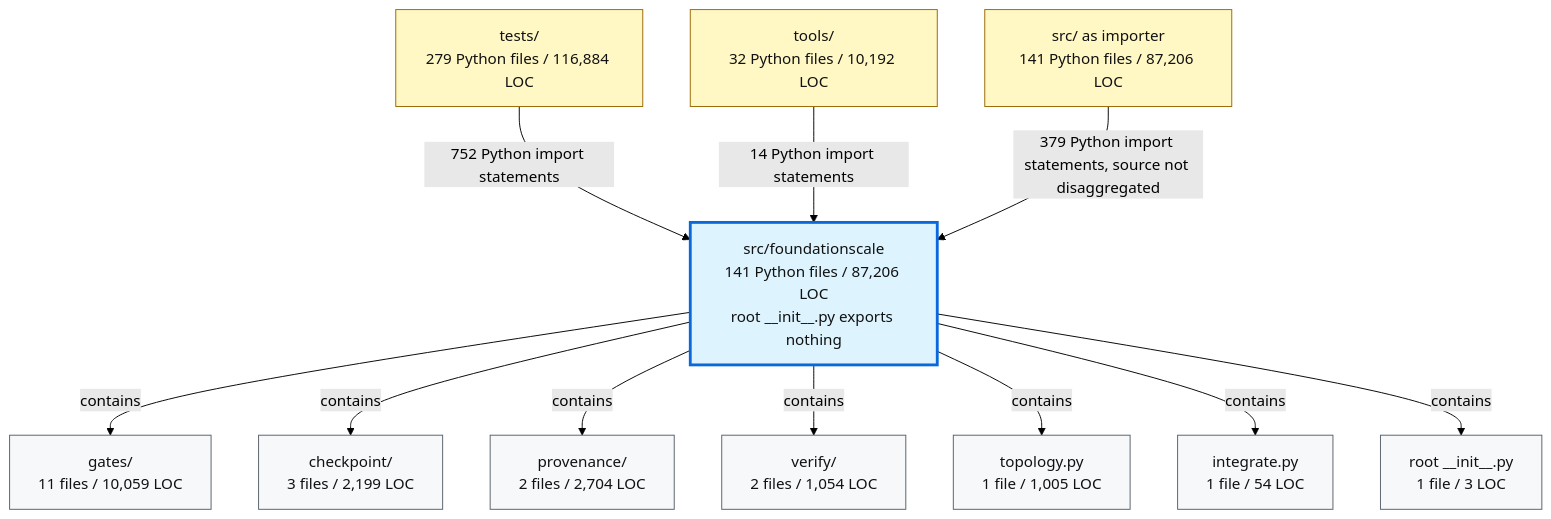
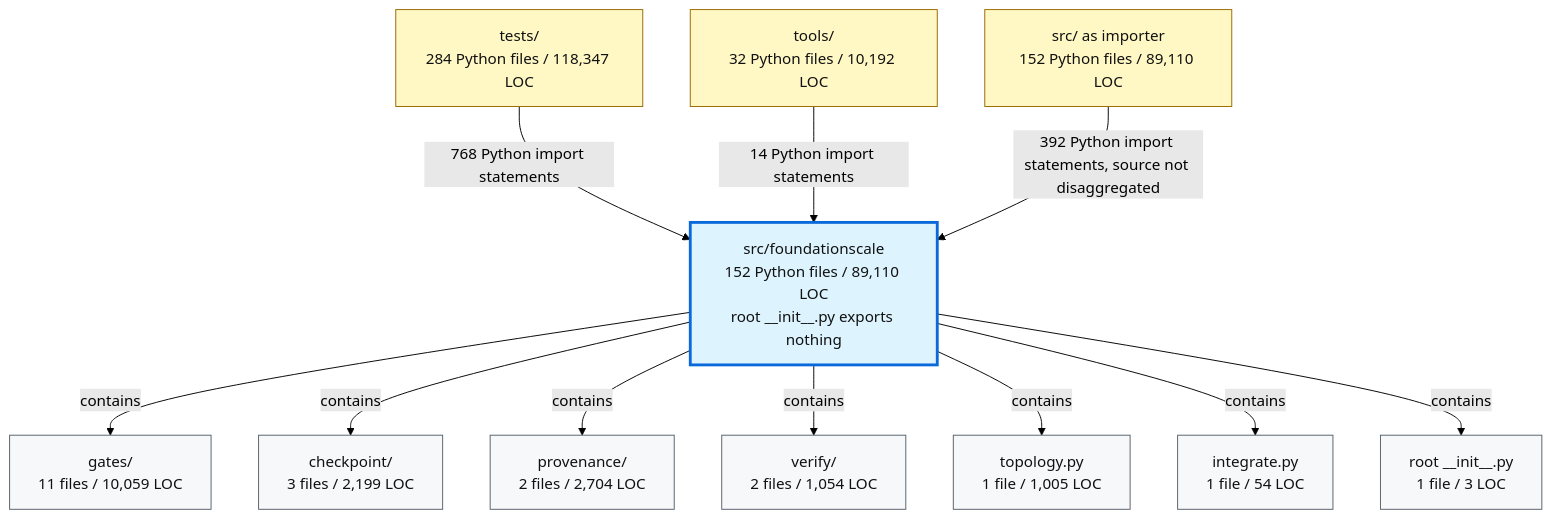
Before and after one commit to TranNhiem/FoundationScale: the second of 2 diagrams in docs/review/D2_current_architecture.md, drawn with Mermaid (forest theme). The commit also changed other lines of this file and 10 other files, not shown here.

````diff
--- a/docs/review/D2_current_architecture.md
+++ b/docs/review/D2_current_architecture.md
@@ -97,36 +97,36 @@
 ```mermaid
 flowchart TB
-  TESTS["tests/<br/>279 Python files / 116,884 LOC"]
+  TESTS["tests/<br/>284 Python files / 118,347 LOC"]
   TOOLS["tools/<br/>32 Python files / 10,192 LOC"]
-  SRC["src/ as importer<br/>141 Python files / 87,206 LOC"]
+  SRC["src/ as importer<br/>152 Python files / 89,110 LOC"]
 
-  FS["src/foundationscale<br/>141 Python files / 87,206 LOC<br/>root __init__.py exports nothing"]
+  FS["src/foundationscale<br/>152 Python files / 89,110 LOC<br/>root __init__.py exports nothing"]
 
   GATES["gates/<br/>11 files / 10,059 LOC"]
   CKPT["checkpoint/<br/>3 files / 2,199 LOC"]
   PROV["provenance/<br/>2 files / 2,704 LOC"]
   VERIFY["verify/<br/>2 files / 1,054 LOC"]
   TOPO["topology.py<br/>1 file / 1,005 LOC"]
   INTEG["integrate.py<br/>1 file / 54 LOC"]
   ROOT["root __init__.py<br/>1 file / 3 LOC"]
 
-  TESTS -->|"752 Python import statements"| FS
+  TESTS -->|"768 Python import statements"| FS
   TOOLS -->|"14 Python import statements"| FS
-  SRC -->|"379 Python import statements, source not disaggregated"| FS
+  SRC -->|"392 Python import statements, source not disaggregated"| FS
 
   FS -->|"contains"| GATES
   FS -->|"contains"| CKPT
   FS -->|"contains"| PROV
   FS -->|"contains"| VERIFY
   FS -->|"contains"| TOPO
   FS -->|"contains"| INTEG
   FS -->|"contains"| ROOT
 
   classDef consumer fill:#fff8c5,stroke:#9a6700,color:#111;
   classDef package fill:#ddf4ff,stroke:#0969da,stroke-width:3px,color:#111;
   classDef module fill:#f6f8fa,stroke:#57606a,color:#111;
 
   class TESTS,TOOLS,SRC consumer;
   class FS package;
   class GATES,CKPT,PROV,VERIFY,TOPO,INTEG,ROOT module;
 ```
````
